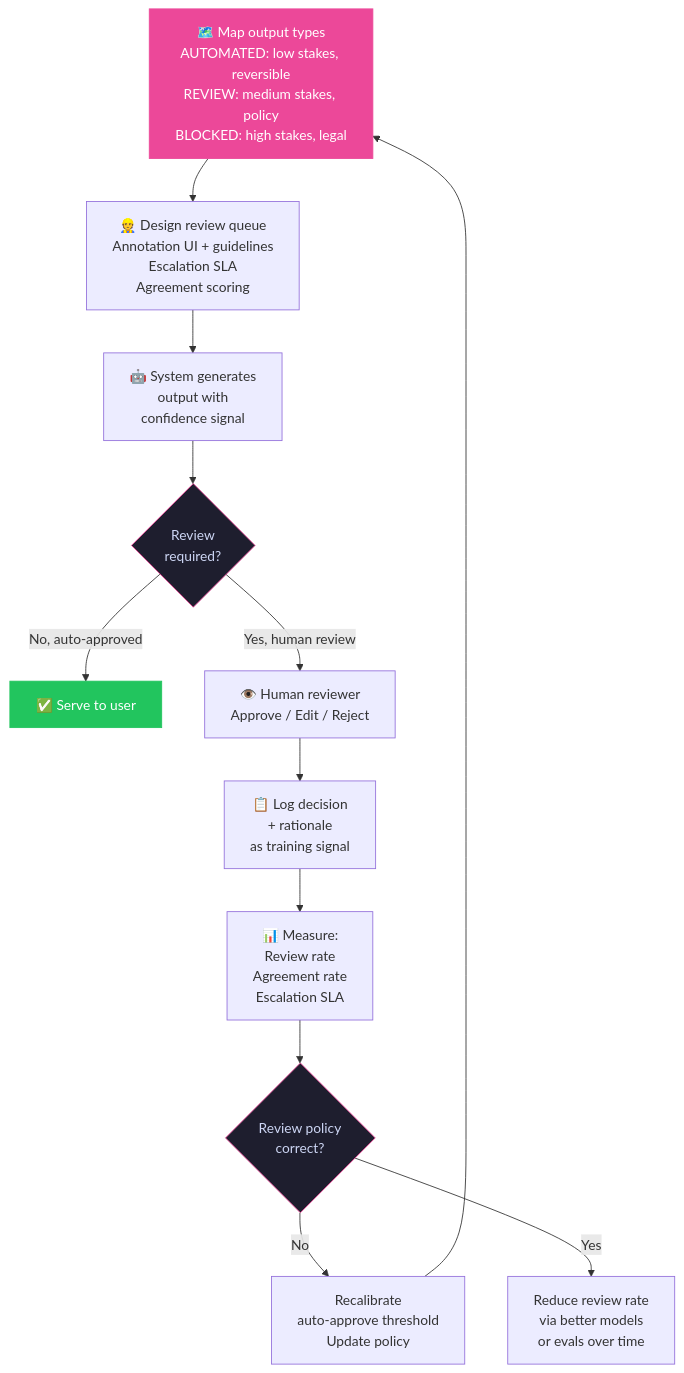
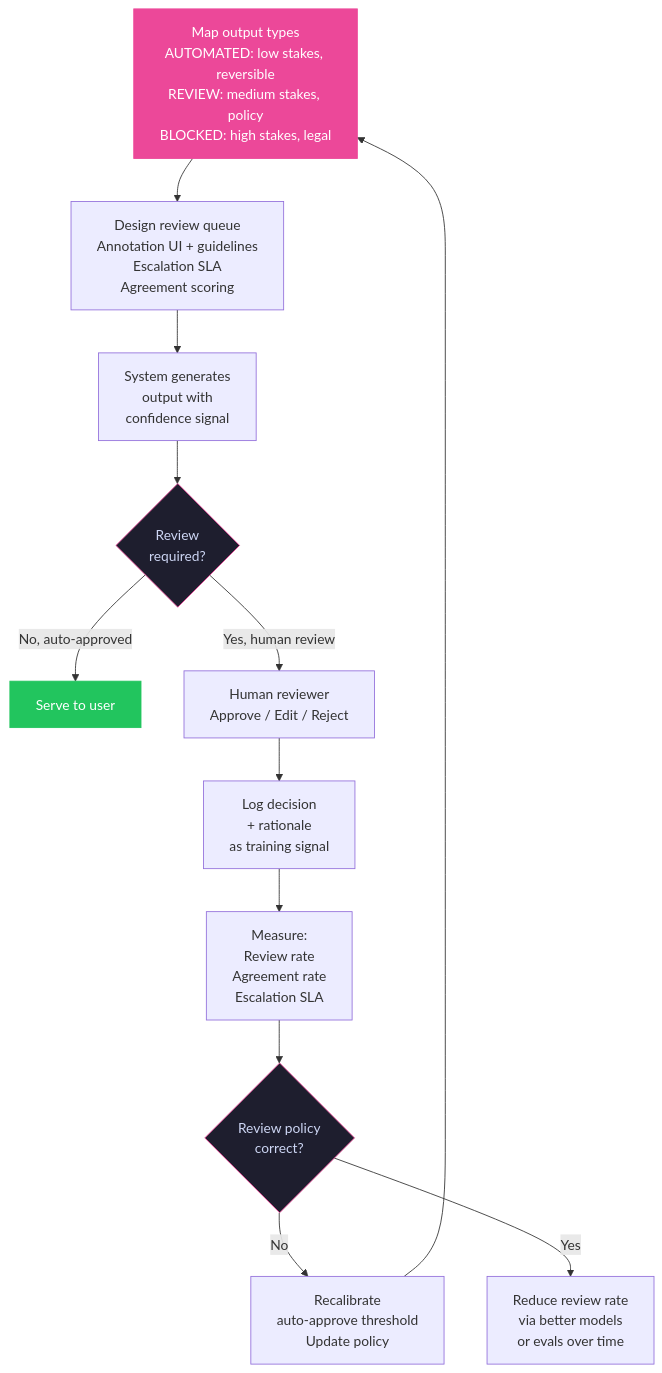
One commit to nicolad/vadim.blog changed the sixth of 10 diagrams in blog/2026/02-18-ai-sdlc-meta-approaches/index.md. Above: the diagram before and after it, drawn with Mermaid. The commit also changed other lines of this file, not shown here.

````diff
--- a/blog/2026/02-18-ai-sdlc-meta-approaches/index.md
+++ b/blog/2026/02-18-ai-sdlc-meta-approaches/index.md
@@ -302,19 +525,19 @@
 ```mermaid
 graph TD
-    A["🗺️ Map output types\nAUTOMATED: low stakes, reversible\nREVIEW: medium stakes, policy\nBLOCKED: high stakes, legal"] --> B["👷 Design review queue\nAnnotation UI + guidelines\nEscalation SLA\nAgreement scoring"]
-    B --> C["🤖 System generates\noutput with\nconfidence signal"]
+    A["Map output types\nAUTOMATED: low stakes, reversible\nREVIEW: medium stakes, policy\nBLOCKED: high stakes, legal"] --> B["Design review queue\nAnnotation UI + guidelines\nEscalation SLA\nAgreement scoring"]
+    B --> C["System generates\noutput with\nconfidence signal"]
     C --> D{Review\nrequired?}
-    D -- No, auto-approved --> E["✅ Serve to user"]
-    D -- Yes, human review --> F["👁️ Human reviewer\nApprove / Edit / Reject"]
-    F --> G["📋 Log decision\n+ rationale\nas training signal"]
-    G --> H["📊 Measure:\nReview rate\nAgreement rate\nEscalation SLA"]
+    D -- No, auto-approved --> E["Serve to user"]
+    D -- Yes, human review --> F["Human reviewer\nApprove / Edit / Reject"]
+    F --> G["Log decision\n+ rationale\nas training signal"]
+    G --> H["Measure:\nReview rate\nAgreement rate\nEscalation SLA"]
     H --> I{Review policy\ncorrect?}
     I -- No --> J["Recalibrate\nauto-approve threshold\nUpdate policy"]
     J --> A
     I -- Yes --> K["Reduce review rate\nvia better models\nor evals over time"]
 
     style A fill:#ec4899,stroke:#ec4899,color:#fff
     style E fill:#22c55e,stroke:#22c55e,color:#fff
     style D fill:#1e1e2e,stroke:#ec4899,color:#cdd6f4
     style I fill:#1e1e2e,stroke:#ec4899,color:#cdd6f4
 ```
````
